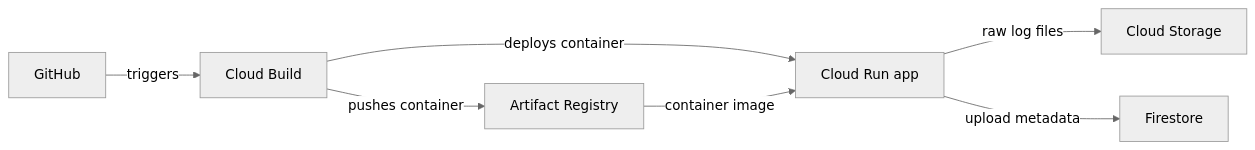
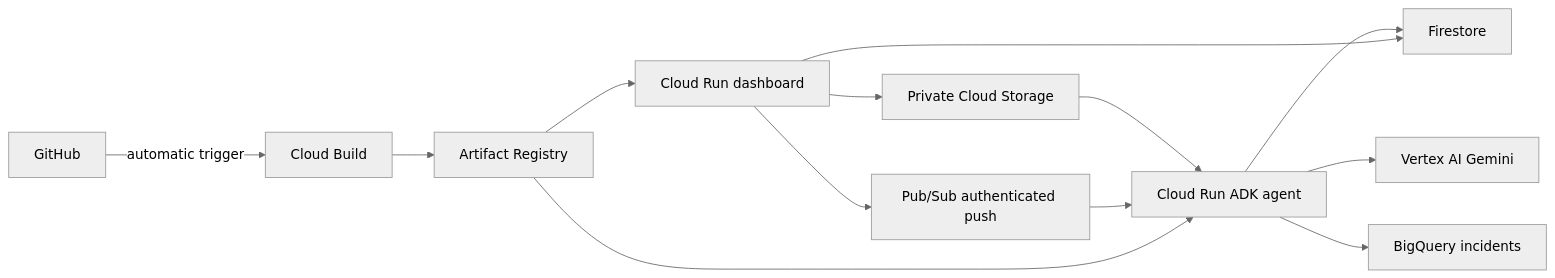
Before and after one commit to zeinhaidara/gcp-ai-log-analyzer: the diagram in README.md, drawn with Mermaid (neutral theme). The commit also changed other lines of this file and 11 other files, not shown here.

Commit message:
Integrate dashboard investigations and both-service Cloud Build releases

````diff
--- a/README.md
+++ b/README.md
@@ -7,9 +5,15 @@
 ```mermaid
 flowchart LR
-    GitHub -->|triggers| Build[Cloud Build]
-    Build -->|pushes container| Registry[Artifact Registry]
-    Build -->|deploys container| Run[Cloud Run app]
-    Registry -->|container image| Run
-    Run -->|raw log files| Storage[Cloud Storage]
-    Run -->|upload metadata| Firestore
+  GitHub -->|automatic trigger| Build[Cloud Build]
+  Build --> Registry[Artifact Registry]
+  Registry --> Dashboard[Cloud Run dashboard]
+  Registry --> Agent[Cloud Run ADK agent]
+  Dashboard --> Storage[Private Cloud Storage]
+  Dashboard --> DB[Firestore]
+  Dashboard --> Topic[Pub/Sub authenticated push]
+  Topic --> Agent
+  Storage --> Agent
+  Agent --> Gemini[Vertex AI Gemini]
+  Agent --> DB
+  Agent --> BQ[BigQuery incidents]
 ```
````
